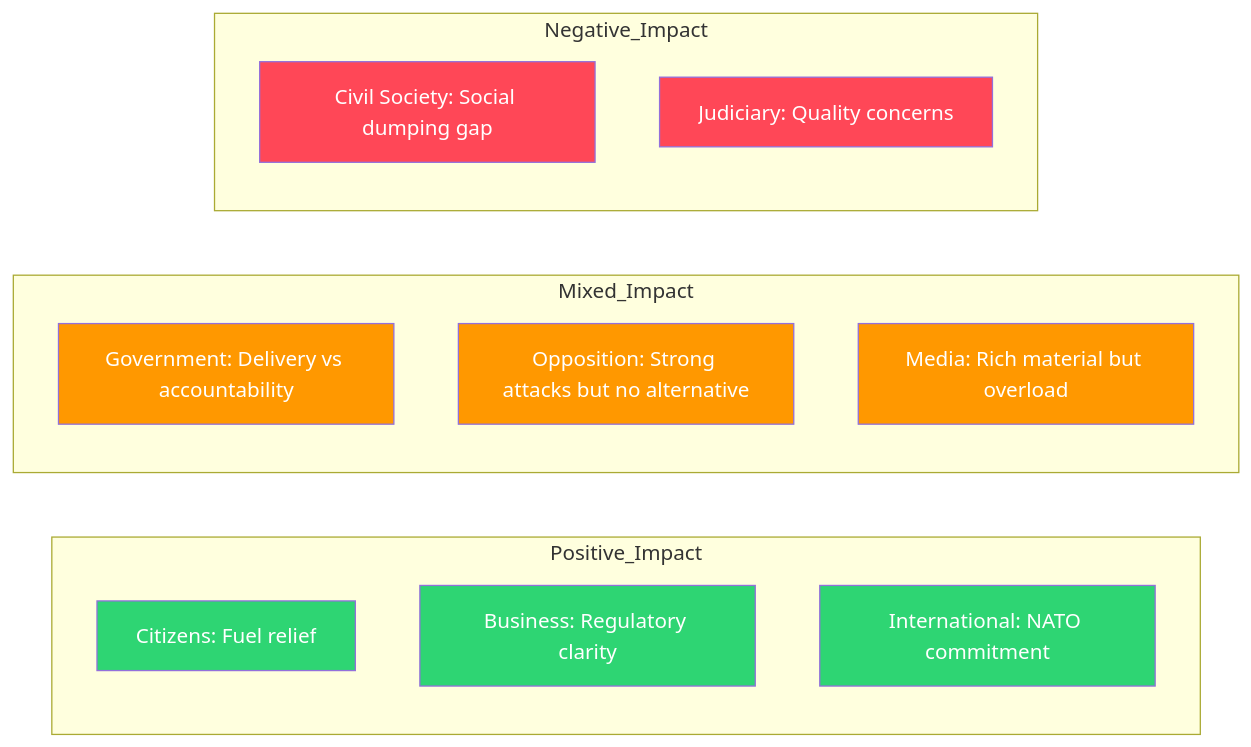
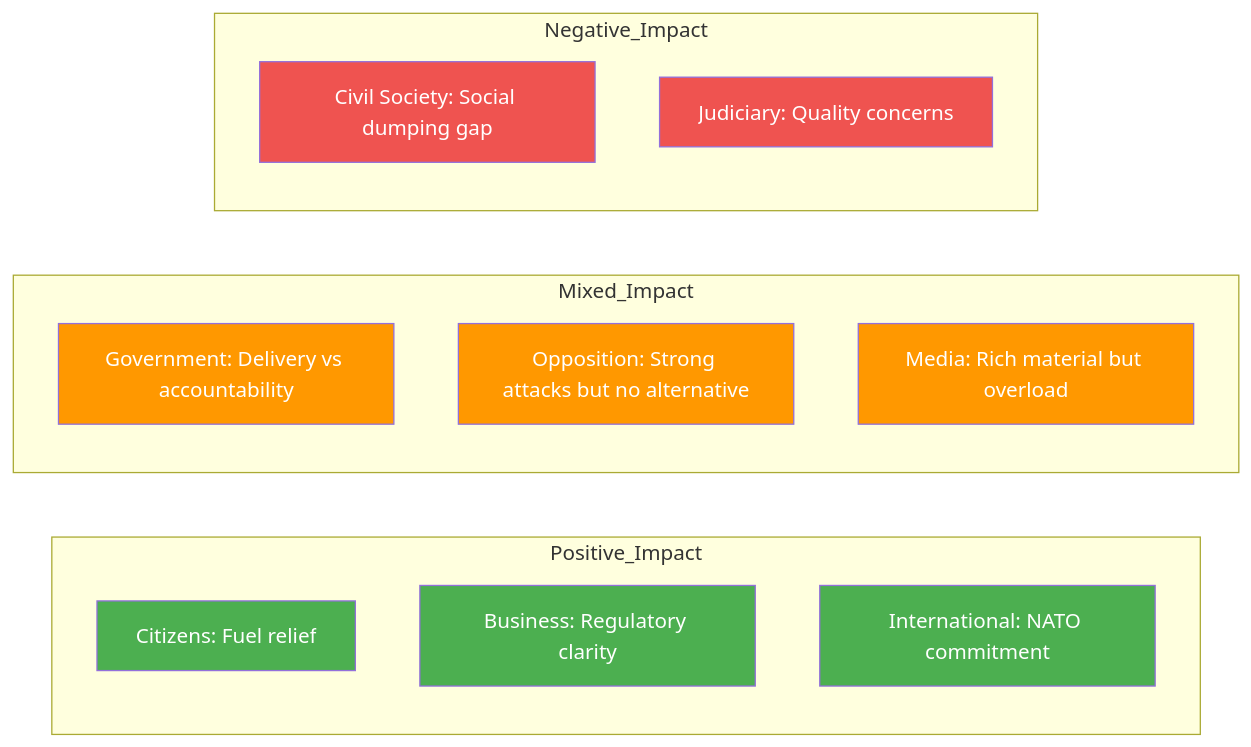
The diagram in analysis/daily/2026-04-14/evening-analysis-2/stakeholder-perspectives.md (Hack23/riksdagsmonitor), drawn with Mermaid before and after one commit. The commit also changed 121 other files, not shown here.

````diff
--- a/analysis/daily/2026-04-14/evening-analysis-2/stakeholder-perspectives.md
+++ b/analysis/daily/2026-04-14/evening-analysis-2/stakeholder-perspectives.md
@@ -9,26 +9,26 @@
 ```mermaid
 graph LR
     subgraph Positive_Impact
         CIT[Citizens: Fuel relief]
         BIZ[Business: Regulatory clarity]
         INT[International: NATO commitment]
     end
     subgraph Mixed_Impact
         GOV[Government: Delivery vs accountability]
         OPP[Opposition: Strong attacks but no alternative]
         MED[Media: Rich material but overload]
     end
     subgraph Negative_Impact
         CIV[Civil Society: Social dumping gap]
         JUD[Judiciary: Quality concerns]
     end
 
-    style CIT fill:#2ed573,color:#FFFFFF
-    style BIZ fill:#2ed573,color:#FFFFFF
-    style INT fill:#2ed573,color:#FFFFFF
+    style CIT fill:#4CAF50,color:#FFFFFF
+    style BIZ fill:#4CAF50,color:#FFFFFF
+    style INT fill:#4CAF50,color:#FFFFFF
     style GOV fill:#FF9800,color:#FFFFFF
     style OPP fill:#FF9800,color:#FFFFFF
     style MED fill:#FF9800,color:#FFFFFF
-    style CIV fill:#ff4757,color:#FFFFFF
-    style JUD fill:#ff4757,color:#FFFFFF
+    style CIV fill:#EF5350,color:#FFFFFF
+    style JUD fill:#EF5350,color:#FFFFFF
 ```
````
